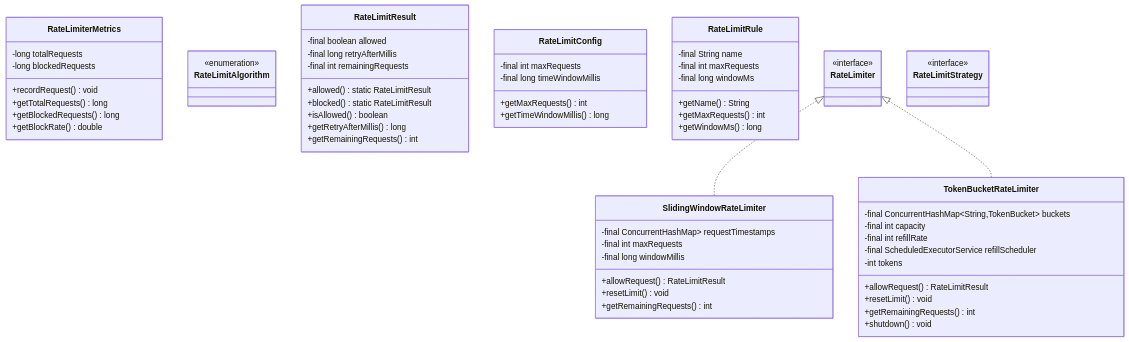
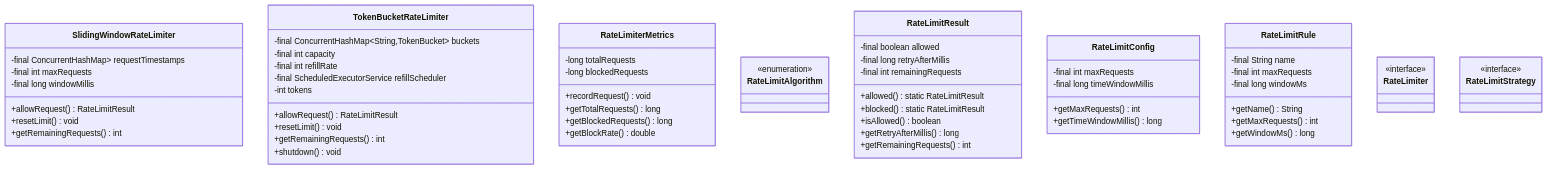
Before and after one commit to dlkr18/lld-playbook: the diagram in docs/problems/ratelimiter/diagrams/class-diagram.mmd, drawn with Mermaid. The commit also changed 119 other files, not shown here.

First line of the commit message:
feat: add comprehensive relationships to all class diagrams

```diff
--- a/docs/problems/ratelimiter/diagrams/class-diagram.mmd
+++ b/docs/problems/ratelimiter/diagrams/class-diagram.mmd
@@ -1,70 +1,67 @@
 classDiagram
 
     class SlidingWindowRateLimiter {
         -final ConcurrentHashMap<String, Queue<Long>> requestTimestamps
         -final int maxRequests
         -final long windowMillis
         +allowRequest() RateLimitResult
         +resetLimit() void
         +getRemainingRequests() int
     }
 
     class TokenBucketRateLimiter {
         -final ConcurrentHashMap~String,TokenBucket~ buckets
         -final int capacity
         -final int refillRate
         -final ScheduledExecutorService refillScheduler
         -int tokens
         +allowRequest() RateLimitResult
         +resetLimit() void
         +getRemainingRequests() int
         +shutdown() void
     }
 
     class RateLimiterMetrics {
         -long totalRequests
         -long blockedRequests
         +recordRequest() void
         +getTotalRequests() long
         +getBlockedRequests() long
         +getBlockRate() double
     }
 
     class RateLimitAlgorithm
     <<enumeration>> RateLimitAlgorithm
 
     class RateLimitResult {
         -final boolean allowed
         -final long retryAfterMillis
         -final int remainingRequests
         +allowed() static RateLimitResult
         +blocked() static RateLimitResult
         +isAllowed() boolean
         +getRetryAfterMillis() long
         +getRemainingRequests() int
     }
 
     class RateLimitConfig {
         -final int maxRequests
         -final long timeWindowMillis
         +getMaxRequests() int
         +getTimeWindowMillis() long
     }
 
     class RateLimitRule {
         -final String name
         -final int maxRequests
         -final long windowMs
         +getName() String
         +getMaxRequests() int
         +getWindowMs() long
     }
 
     class RateLimiter
     <<interface>> RateLimiter
 
     class RateLimitStrategy
     <<interface>> RateLimitStrategy
-
-    RateLimiter <|.. SlidingWindowRateLimiter
-    RateLimiter <|.. TokenBucketRateLimiter
```
